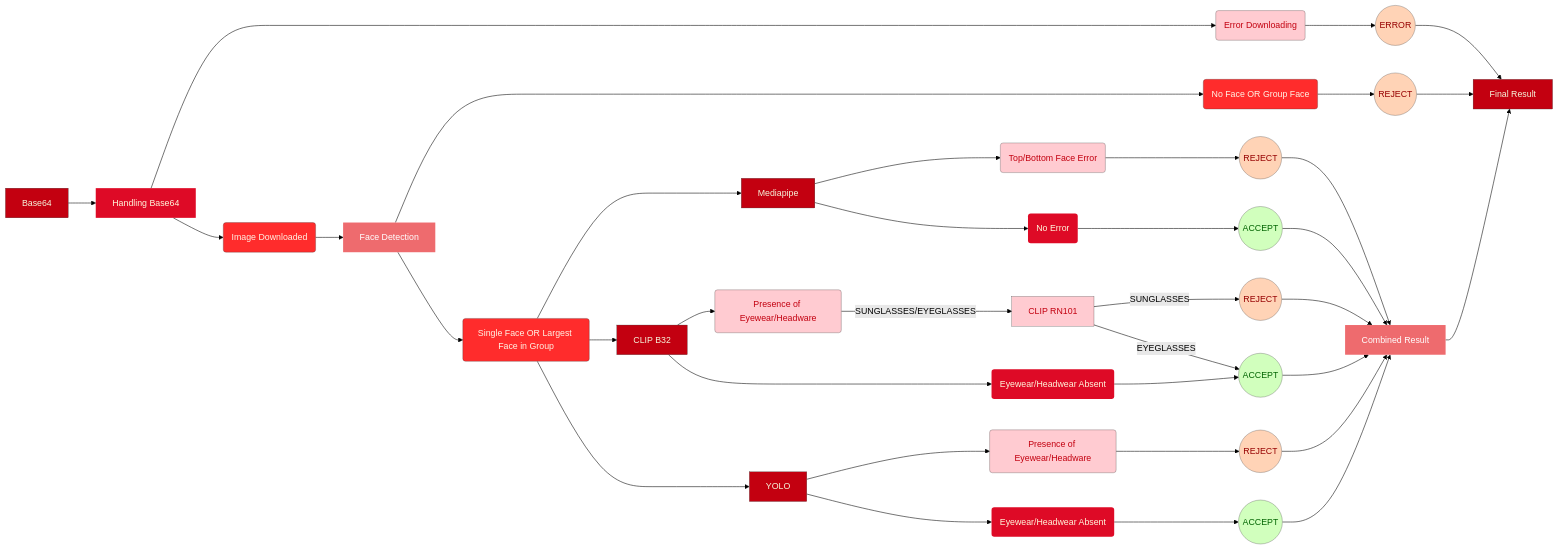
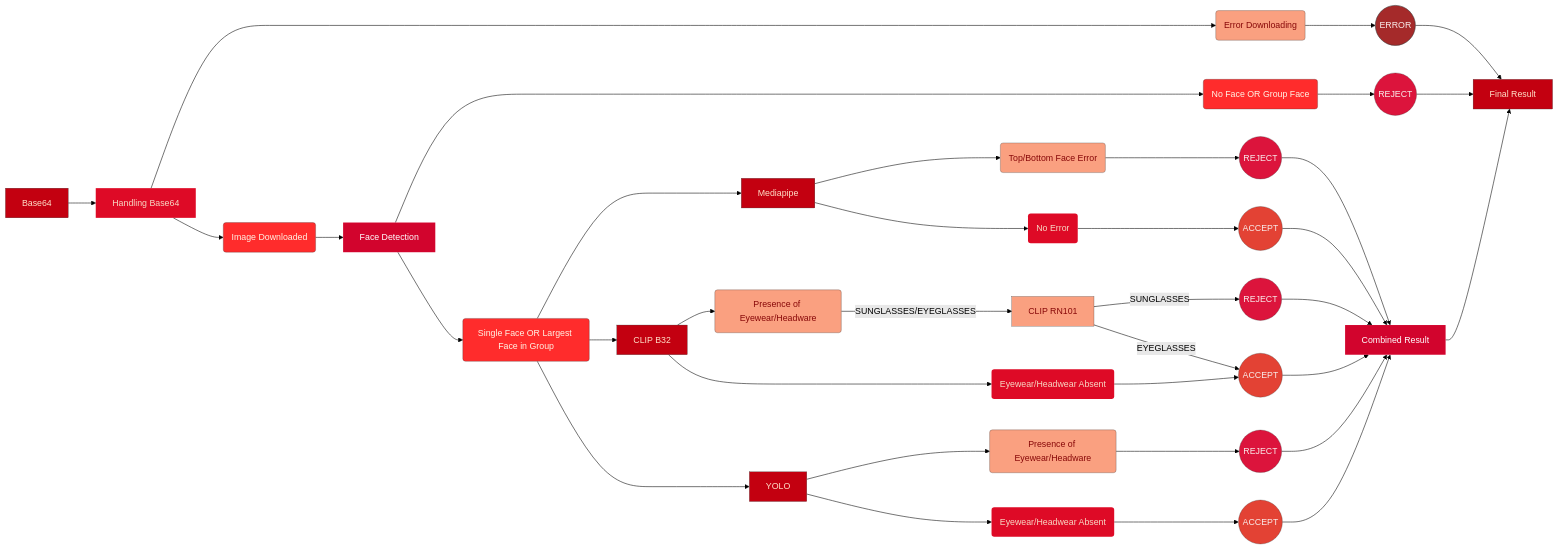
Before and after one commit to AbhigyanSen/ABP: the diagram in ProfileModeration/Version9/readme.md, drawn with Mermaid (forest theme).

````diff
--- a/ProfileModeration/Version9/readme.md
+++ b/ProfileModeration/Version9/readme.md
@@ -28,59 +28,59 @@
 ```mermaid
 graph LR
 A[Base64] --> B[Handling Base64]
 B --> BA(Image Downloaded) & BB(Error Downloading)
 BB --> BC((ERROR)) --> H
 BA --> C[Face Detection]
 C --> CA(No Face OR Group Face) & CB(Single Face OR Largest Face in Group)
 CA --> CC((REJECT)) --> H
 CB --> D[Mediapipe]
 D --> DA(Top/Bottom Face Error) & DB(No Error)
 DA --> DC((REJECT)) --> G
 DB --> DD((ACCEPT)) --> G
 CB --> E[CLIP B32]
 E --> EA(Presence of Eyewear/Headware) & EB(Eyewear/Headwear Absent)
 EA -- SUNGLASSES/EYEGLASSES --> EE[CLIP RN101] 
 EC((REJECT))
 EE -- SUNGLASSES --> EC --> G
 EE -- EYEGLASSES --> ED
 EB --> ED((ACCEPT)) --> G
 CB --> F[YOLO]
 F --> FA(Presence of Eyewear/Headware) & FB(Eyewear/Headwear Absent)
 FA --> FC((REJECT)) --> G
 FB --> FD((ACCEPT)) --> G
 G[Combined Result] --> H
 H[Final Result]
 
-style A fill:#c30010,stroke:#333,stroke-width:0.5px,color:#F5F5DC
-style D fill:#c30010,stroke:#333,stroke-width:0.5px,color:#F5F5DC
-style E fill:#c30010,stroke:#333,stroke-width:0.5px,color:#F5F5DC
-style F fill:#c30010,stroke:#333,stroke-width:0.5px,color:#F5F5DC
-style H fill:#c30010,stroke:#333,stroke-width:0.5px,color:#F5F5DC
+style A fill:#c30010,stroke:#333,stroke-width:0.5px,color:#FFDFC8
+style D fill:#c30010,stroke:#333,stroke-width:0.5px,color:#FFDFC8
+style E fill:#c30010,stroke:#333,stroke-width:0.5px,color:#FFDFC8
+style F fill:#c30010,stroke:#333,stroke-width:0.5px,color:#FFDFC8
+style H fill:#c30010,stroke:#333,stroke-width:0.5px,color:#FFDFC8
 
-style B fill:#de0a26,stroke:#333,stroke-width:0px,color:#FFF8DC
-style BB fill:#ffcbd1,stroke:#333,stroke-width:0.5px,color:#c30010
-style DA fill:#ffcbd1,stroke:#333,stroke-width:0.5px,color:#c30010
-style DB fill:#de0a26,stroke:#333,stroke-width:0px,color:#FFF8DC
-style EA fill:#ffcbd1,stroke:#333,stroke-width:0.5px,color:#c30010
-style EE fill:#ffcbd1,stroke:#333,stroke-width:0.5px,color:#c30010
-style EB fill:#de0a26,stroke:#333,stroke-width:0px,color:#FFF8DC
-style FA fill:#ffcbd1,stroke:#333,stroke-width:0.5px,color:#c30010
-style FB fill:#de0a26,stroke:#333,stroke-width:0px,color:#FFF8DC
+style B fill:#de0a26,stroke:#333,stroke-width:0px,color:#F7D9C4
+style BB fill:#FAA080,stroke:#333,stroke-width:0.5px,color:#880808
+style DA fill:#FAA080,stroke:#333,stroke-width:0.5px,color:#880808
+style DB fill:#de0a26,stroke:#333,stroke-width:0px,color:#F7D9C4
+style EA fill:#FAA080,stroke:#333,stroke-width:0.5px,color:#880808
+style EE fill:#FAA080,stroke:#333,stroke-width:0.5px,color:#880808
+style EB fill:#de0a26,stroke:#333,stroke-width:0px,color:#F7D9C4
+style FA fill:#FAA080,stroke:#333,stroke-width:0.5px,color:#880808
+style FB fill:#de0a26,stroke:#333,stroke-width:0px,color:#F7D9C4
 
-style G fill:#ee6b6e,stroke:#333,stroke-width:0px,color:#FFFFFF
-style C fill:#ee6b6e,stroke:#333,stroke-width:0px,color:#FFFFFF
+style G fill:#D2042D,stroke:#333,stroke-width:0px,color:#FFFFFF
+style C fill:#D2042D,stroke:#333,stroke-width:0px,color:#FFFFFF
 
-style BC fill:#ffd3b6,stroke:#333,stroke-width:0.5px,color:#960000
-style CC fill:#ffd3b6,stroke:#333,stroke-width:0.5px,color:#960000
-style DC fill:#ffd3b6,stroke:#333,stroke-width:0.5px,color:#960000
-style EC fill:#ffd3b6,stroke:#333,stroke-width:0.5px,color:#960000
-style FC fill:#ffd3b6,stroke:#333,stroke-width:0.5px,color:#960000
+style BC fill:#A52A2A,stroke:#333,stroke-width:1px,color:#F8EDEB
+style CC fill:#DC143C,stroke:#333,stroke-width:0.5px,color:#F8EDEB
+style DC fill:#DC143C,stroke:#333,stroke-width:0.5px,color:#F8EDEB
+style EC fill:#DC143C,stroke:#333,stroke-width:0.5px,color:#F8EDEB
+style FC fill:#DC143C,stroke:#333,stroke-width:0.5px,color:#F8EDEB
 
-style FD fill:#D1FFBD,stroke:#333,stroke-width:0.5px,color:#006400
-style ED fill:#D1FFBD,stroke:#333,stroke-width:0.5px,color:#006400
-style DD fill:#D1FFBD,stroke:#333,stroke-width:0.5px,color:#006400
+style FD fill:#E34234,stroke:#333,stroke-width:0.5px,color:#F8EDEB
+style ED fill:#E34234,stroke:#333,stroke-width:0.5px,color:#F8EDEB
+style DD fill:#E34234,stroke:#333,stroke-width:0.5px,color:#F8EDEB
 
 style BA fill:#ff2c2c,stroke:#333,stroke-width:0.5px,color:#fff4e6
 style CB fill:#ff2c2c,stroke:#333,stroke-width:0.5px,color:#fff4e6
 style CA fill:#ff2c2c,stroke:#333,stroke-width:0.5px,color:#fff4e6
 ```
````
